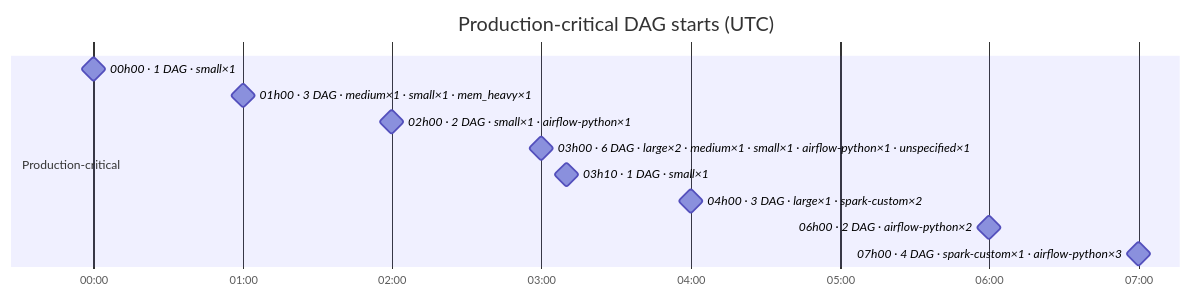
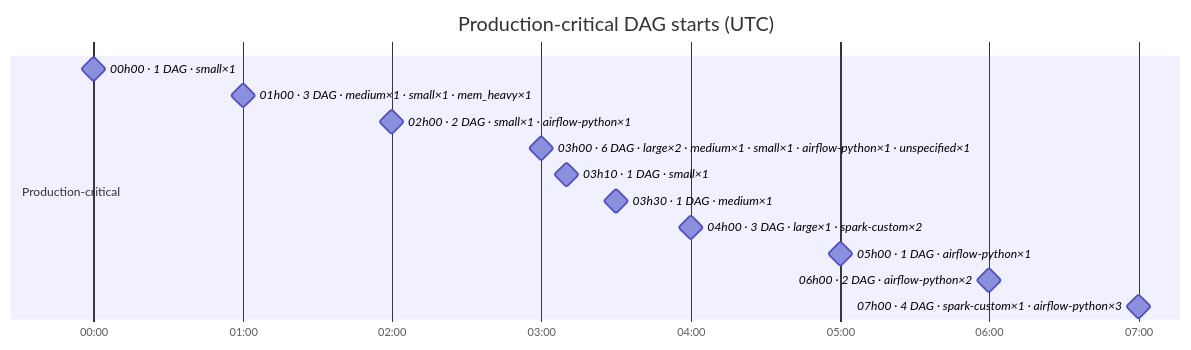
The second of 7 diagrams in docs/feature_platform_map.md (DayMarket/ml-feature-platform), drawn with Mermaid before and after one commit. The commit also changed other lines of this file and 25 other files, not shown here.

````diff
--- a/docs/feature_platform_map.md
+++ b/docs/feature_platform_map.md
@@ -131,16 +138,18 @@
 ```mermaid
 gantt
     title Production-critical DAG starts (UTC)
     dateFormat HH:mm
     axisFormat %H:%M
     tickInterval 1hour
     section Production-critical
     00h00 · 1 DAG · small×1 :milestone, s0_0000, 00:00, 0m
     01h00 · 3 DAG · medium×1 · small×1 · mem_heavy×1 :milestone, s0_0060, 01:00, 0m
     02h00 · 2 DAG · small×1 · airflow-python×1 :milestone, s0_0120, 02:00, 0m
     03h00 · 6 DAG · large×2 · medium×1 · small×1 · airflow-python×1 · unspecified×1 :milestone, s0_0180, 03:00, 0m
     03h10 · 1 DAG · small×1 :milestone, s0_0190, 03:10, 0m
+    03h30 · 1 DAG · medium×1 :milestone, s0_0210, 03:30, 0m
     04h00 · 3 DAG · large×1 · spark-custom×2 :milestone, s0_0240, 04:00, 0m
+    05h00 · 1 DAG · airflow-python×1 :milestone, s0_0300, 05:00, 0m
     06h00 · 2 DAG · airflow-python×2 :milestone, s0_0360, 06:00, 0m
     07h00 · 4 DAG · spark-custom×1 · airflow-python×3 :milestone, s0_0420, 07:00, 0m
 ```
````
